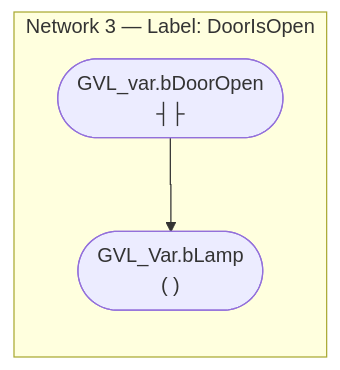
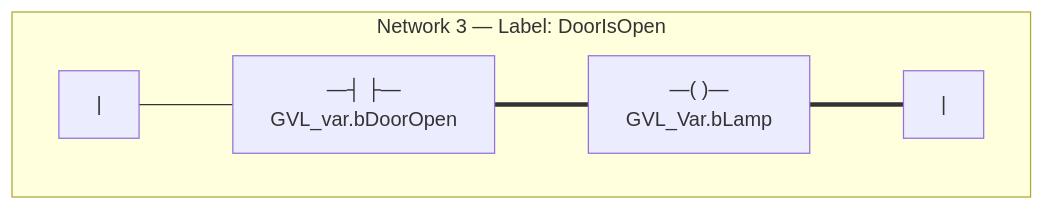
Before and after one commit to crissoll/pou2md: the fourth of 4 diagrams in tests/output/Signals.md, drawn with Mermaid. The commit also changed other lines of this file and 6 other files, not shown here.

````diff
--- a/tests/output/Signals.md
+++ b/tests/output/Signals.md
@@ -94,16 +104,21 @@
 ```mermaid
-%%{ init: { 'flowchart': { 'curve': 'stepAfter' } } }%%
+%%{ init: { 'flowchart': { 'curve': 'step' } } }%%
 flowchart LR
     subgraph Network_3 [" Network 3 — Label: DoorIsOpen "]
-        %% --- Contacts (inputs) ---
-        N3_bDoorOpen(["GVL_var.bDoorOpen
-        ┤├"])
+        direction LR
+        %% --- Power Rails ---
+        N3_L["|"]
+        N3_R["|"]
 
-        %% --- Coils / Outputs ---
-        N3_bLamp(["GVL_Var.bLamp
-        ( )"])
+        %% --- Contacts ---
+        N3_bDoorOpen["—┤ ├—<br/>GVL_var.bDoorOpen"]
 
-        %% --- Wiring ---
-        N3_bDoorOpen --> N3_bLamp
+        %% --- Coils / Jumps ---
+        N3_bLamp["—( )—<br/>GVL_Var.bLamp"]
+
+        %% --- Continuity ---
+        N3_L --- N3_bDoorOpen
+        N3_bDoorOpen === N3_bLamp
+        N3_bLamp === N3_R
     end
 ```
````
